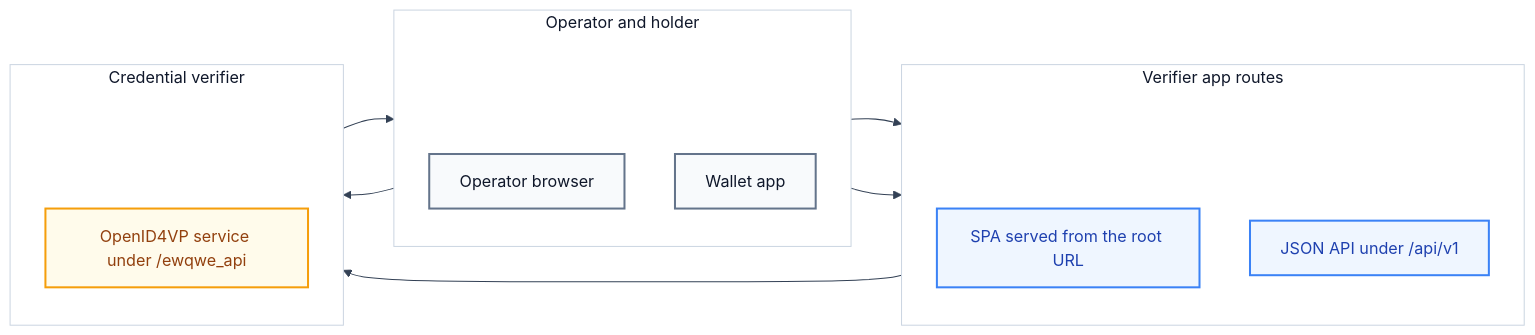
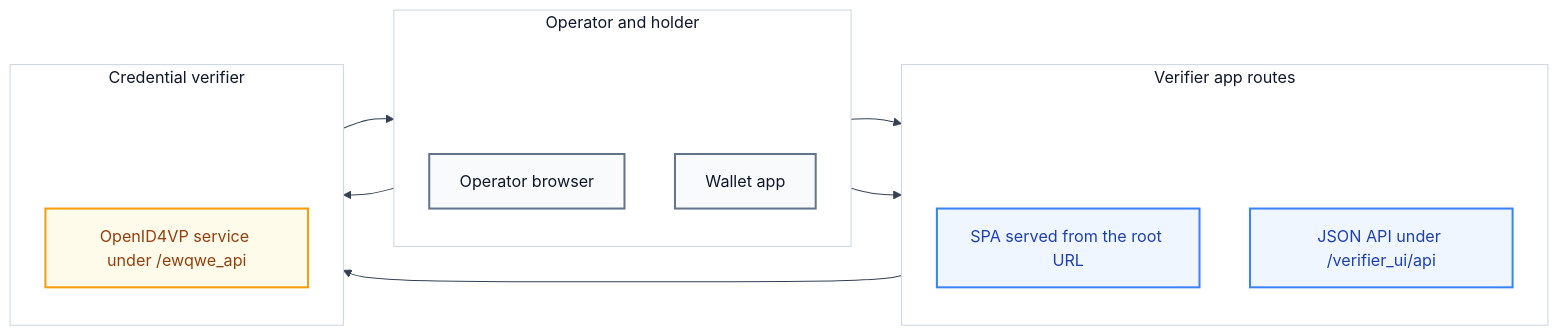
One commit to rd-ewqwe/ewqwe-identity changed the diagram in documentation/src/reference/verifier-app/verifier-app.md. Above: the diagram before and after it, drawn with Mermaid. The commit also changed other lines of this file and 25 other files, not shown here.

````diff
--- a/documentation/src/reference/verifier-app/verifier-app.md
+++ b/documentation/src/reference/verifier-app/verifier-app.md
@@ -9,38 +9,38 @@
 ```mermaid
 %%{init: {'theme': 'base', 'themeVariables': { 'background': '#ffffff', 'mainBkg': '#ffffff', 'clusterBkg': '#ffffff', 'clusterBorder': '#cbd5e1', 'lineColor': '#334155', 'primaryColor': '#ffffff', 'secondaryColor': '#ffffff', 'tertiaryColor': '#ffffff', 'primaryTextColor': '#0f172a', 'secondaryTextColor': '#0f172a', 'tertiaryTextColor': '#0f172a', 'edgeLabelBackground': '#ffffff' }}}%%
 flowchart LR
     subgraph ACTORS["Operator and holder"]
         direction TB
         SP1[" "]
         OPE["Operator browser"]
         WAL["Wallet app"]
         SP1 ~~~ OPE
     end
     subgraph VA["Verifier app routes"]
         direction TB
         SP2[" "]
         SPA["SPA served from the root URL"]
-        API["JSON API under /api/v1"]
+        API["JSON API under /verifier_ui/api"]
         SP2 ~~~ SPA
     end
     subgraph CV["Credential verifier"]
         direction TB
         SP3[" "]
         OID["OpenID4VP service under /ewqwe_api"]
         SP3 ~~~ OID
     end
     OPE --> SPA
     OPE --> API
     API --> OID
     WAL --> OID
     OID --> WAL
     classDef cExt fill:#f8fafc,stroke:#64748b,stroke-width:2px,color:#0f172a;
     classDef cMgmt fill:#eff6ff,stroke:#3b82f6,stroke-width:2px,color:#1e40af;
     classDef cCtrl fill:#fffbeb,stroke:#f59e0b,stroke-width:2px,color:#92400e;
     class OPE,WAL cExt;
     class SPA,API cMgmt;
     class OID cCtrl;
     style SP1 fill:none,stroke:none
     style SP2 fill:none,stroke:none
     style SP3 fill:none,stroke:none
 ```
````
